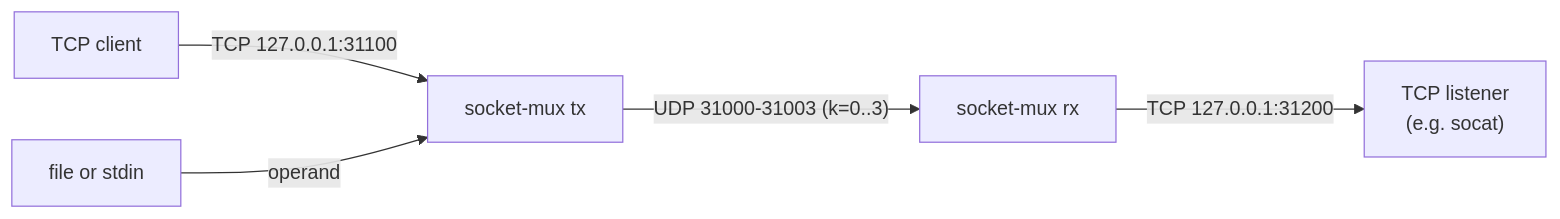
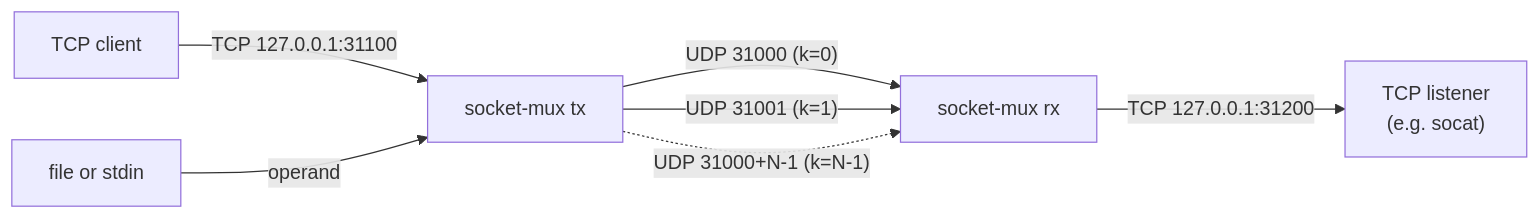
One commit to tegonzalez/socket-mux changed the diagram in README.md. Above: the diagram before and after it, drawn with Mermaid. The commit also changed other lines of this file, not shown here.

Commit message:
readme: restore per-lane paths in the dataflow diagram
Commit 2160381 collapsed the N lane edges into one UDP arrow when the default
lane count became 1. Draw lanes k=0, k=1 .. k=N-1 again, one socket per lane,
and note that measurement shows at least 2 lanes are needed for 10GbE line
rate (one TX send thread tops out near 5.8 Gbit/s).

````diff
--- a/README.md
+++ b/README.md
@@ -102,7 +102,9 @@
 ```mermaid
 flowchart LR
   IN["TCP client"] -->|"TCP 127.0.0.1:31100"| TX["socket-mux tx"]
   F["file or stdin"] -->|"operand"| TX
-  TX -->|"UDP 31000-31003 (k=0..3)"| RX["socket-mux rx"]
+  TX -->|"UDP 31000 (k=0)"| RX["socket-mux rx"]
+  TX -->|"UDP 31001 (k=1)"| RX
+  TX -.->|"UDP 31000+N-1 (k=N-1)"| RX
   RX -->|"TCP 127.0.0.1:31200"| OUT["TCP listener<br/>(e.g. socat)"]
 ```
````
